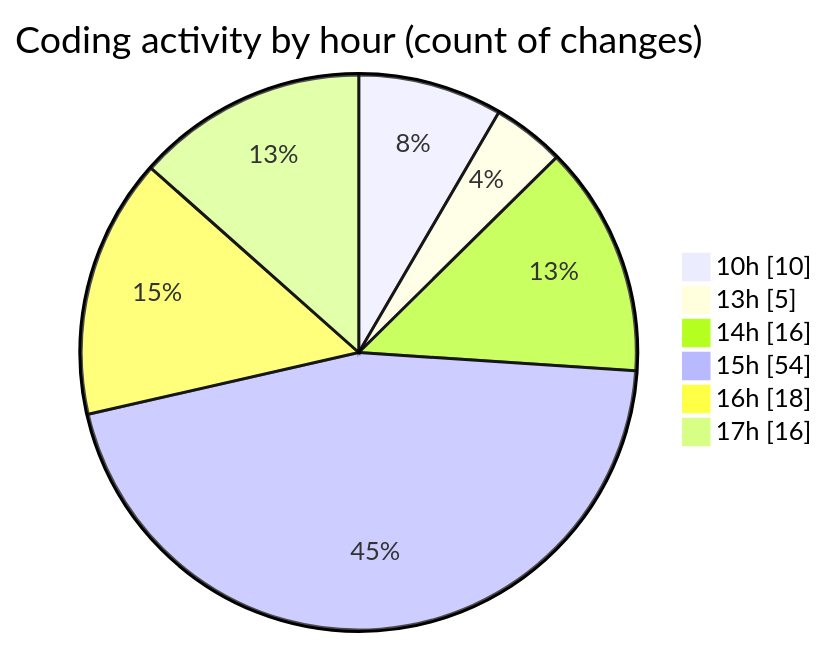
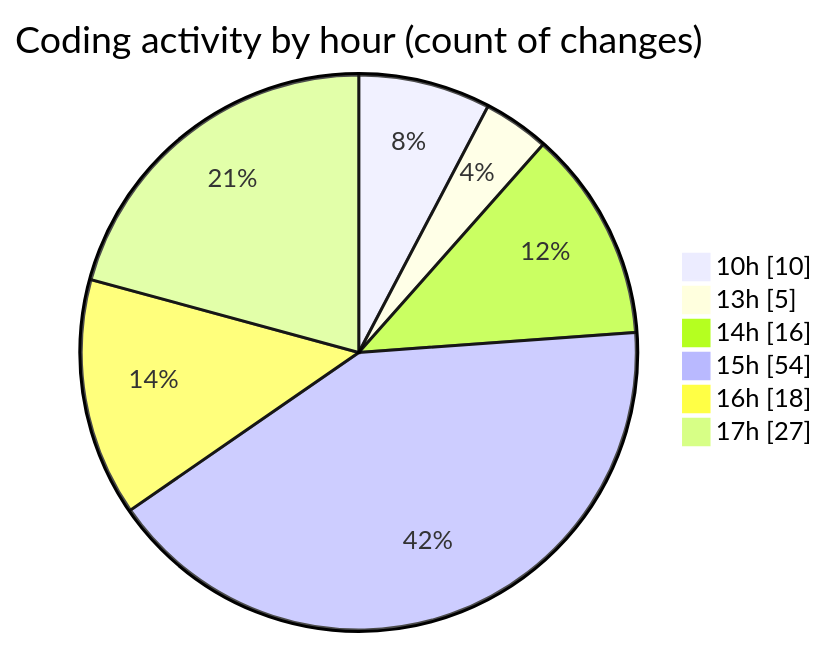
The second of 2 diagrams in 2025-07-30/nxtqube_webapp/README.md (nxtqubesakshisongat/code-tracking), drawn with Mermaid before and after one commit. The commit also changed other lines of this file and 1 other file, not shown here.

````diff
--- a/2025-07-30/nxtqube_webapp/README.md
+++ b/2025-07-30/nxtqube_webapp/README.md
@@ -38,10 +39,10 @@
 ```mermaid
 pie showData
 title Coding activity by hour (count of changes)
 "10h" : 10
 "13h" : 5
 "14h" : 16
 "15h" : 54
 "16h" : 18
-"17h" : 16
+"17h" : 27
 ```
````
